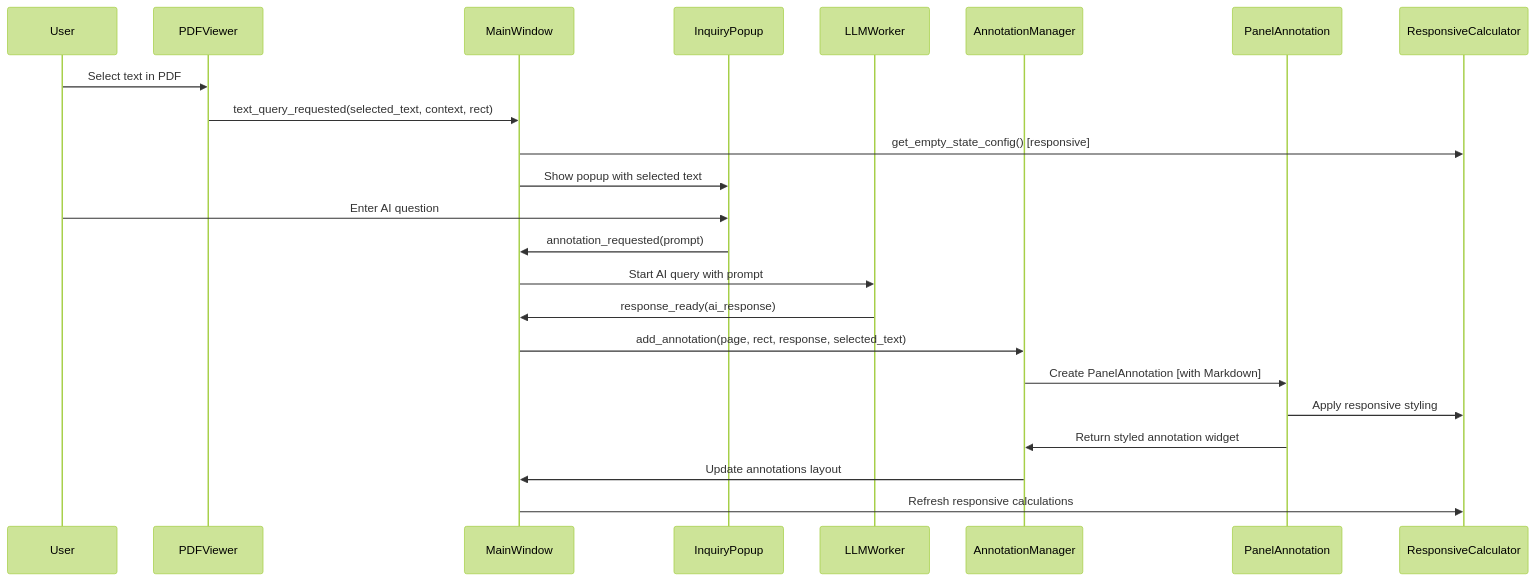
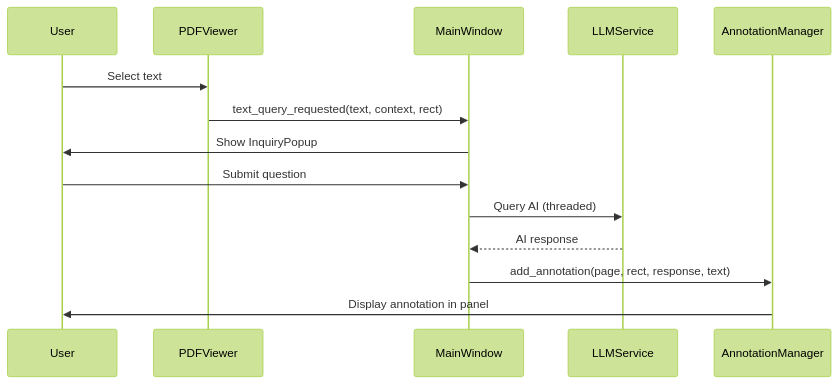
One commit to Jackela/ai_enhanced_pdf_scholar changed the second of 4 diagrams in PROJECT_DOCS.md. Above: the diagram before and after it, drawn with Mermaid (forest theme). The commit also changed other lines of this file and 23 other files, not shown here.

````diff
--- a/PROJECT_DOCS.md
+++ b/PROJECT_DOCS.md
@@ -325,26 +68,17 @@
 ```mermaid
 sequenceDiagram
-    participant U as User
-    participant PV as PDFViewer
-    participant MW as MainWindow
-    participant IP as InquiryPopup
-    participant LW as LLMWorker
-    participant AM as AnnotationManager
-    participant PA as PanelAnnotation
-    participant RC as ResponsiveCalculator
-
-    U->>PV: Select text in PDF
-    PV->>MW: text_query_requested(selected_text, context, rect)
-    MW->>RC: get_empty_state_config() [responsive]
-    MW->>IP: Show popup with selected text
-    U->>IP: Enter AI question
-    IP->>MW: annotation_requested(prompt)
-    MW->>LW: Start AI query with prompt
-    LW->>MW: response_ready(ai_response)
-    MW->>AM: add_annotation(page, rect, response, selected_text)
-    AM->>PA: Create PanelAnnotation [with Markdown]
-    PA->>RC: Apply responsive styling
-    PA->>AM: Return styled annotation widget
-    AM->>MW: Update annotations layout
-    MW->>RC: Refresh responsive calculations
+    participant User
+    participant PDFViewer
+    participant MainWindow
+    participant LLMService
+    participant AnnotationManager
+    
+    User->>PDFViewer: Select text
+    PDFViewer->>MainWindow: text_query_requested(text, context, rect)
+    MainWindow->>User: Show InquiryPopup
+    User->>MainWindow: Submit question
+    MainWindow->>LLMService: Query AI (threaded)
+    LLMService-->>MainWindow: AI response
+    MainWindow->>AnnotationManager: add_annotation(page, rect, response, text)
+    AnnotationManager->>User: Display annotation in panel
 ```
````
